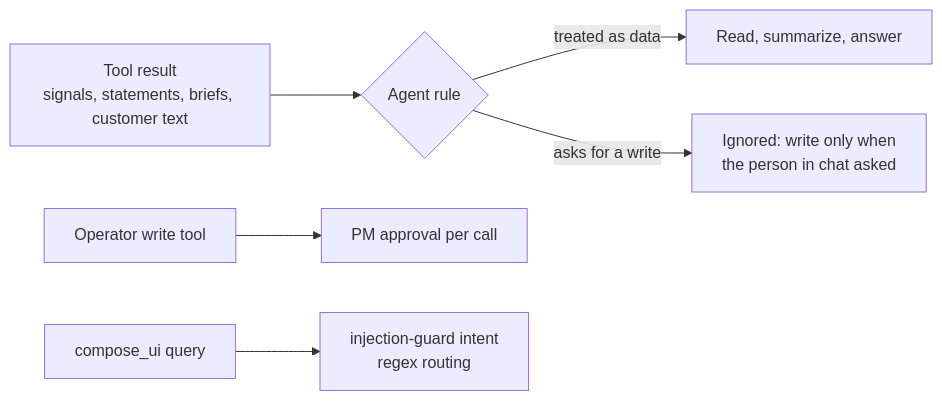
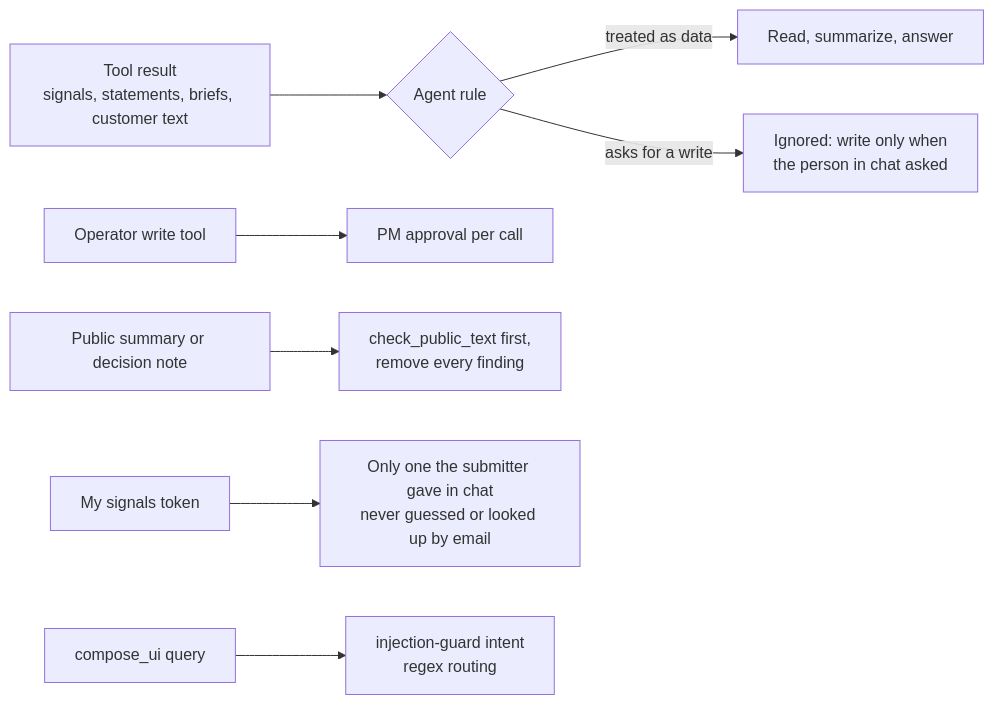
One commit to gaboesquivel/flow-signal changed the fourth of 7 diagrams in docs/harness/agents.md. Above: the diagram before and after it, drawn with Mermaid. The commit also changed other lines of this file and 7 other files, not shown here.

First line of the commit message:
docs(harness): refresh diagrams for specs 006, 007, and 010 (#12)

````diff
--- a/docs/harness/agents.md
+++ b/docs/harness/agents.md
@@ -60,8 +73,10 @@
 ```mermaid
 flowchart LR
   TR[Tool result<br/>signals, statements, briefs, customer text] --> R{Agent rule}
   R -->|treated as data| OK[Read, summarize, answer]
   R -->|asks for a write| NO[Ignored: write only when<br/>the person in chat asked]
   W[Operator write tool] --> APP[PM approval per call]
+  PUBT[Public summary or decision note] --> CPT[check_public_text first,<br/>remove every finding]
+  TOK[My signals token] --> TR2[Only one the submitter gave in chat<br/>never guessed or looked up by email]
   G[compose_ui query] --> IG[injection-guard intent<br/>regex routing]
 ```
````
